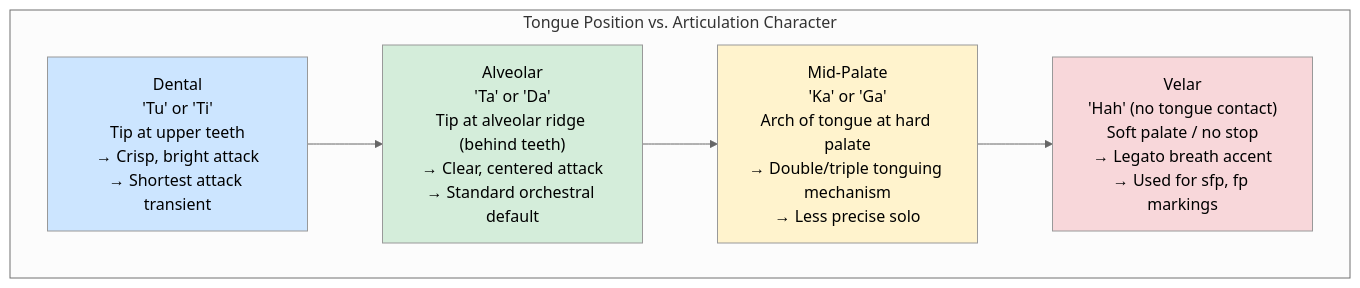
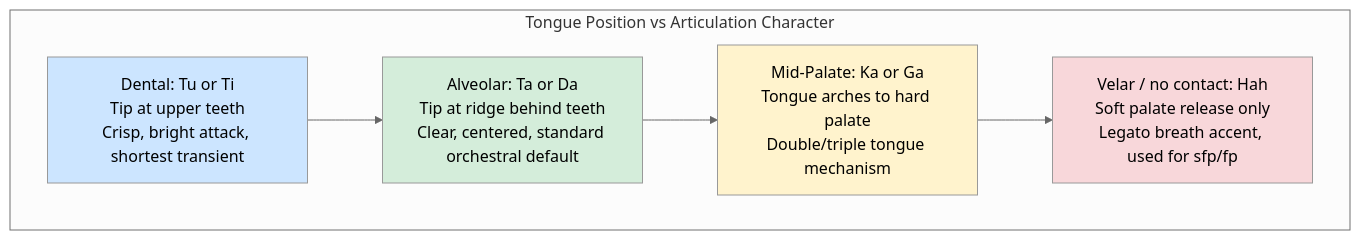
One commit to blebleblee/synapse changed the third of 4 diagrams in topics/arts/music_performance/brass/labs.md. Above: the diagram before and after it, drawn with Mermaid (neutral theme). The commit also changed other lines of this file and 4 other files, not shown here.

````diff
--- a/topics/arts/music_performance/brass/labs.md
+++ b/topics/arts/music_performance/brass/labs.md
@@ -355,15 +330,23 @@
 ```mermaid
 flowchart TD
-    subgraph sub_tongue ["Tongue Position vs. Articulation Character"]
-        T1["Dental<br/>'Tu' or 'Ti'<br/>Tip at upper teeth<br/>→ Crisp, bright attack<br/>→ Shortest attack transient"]
-        T2["Alveolar<br/>'Ta' or 'Da'<br/>Tip at alveolar ridge (behind teeth)<br/>→ Clear, centered attack<br/>→ Standard orchestral default"]
-        T3["Mid-Palate<br/>'Ka' or 'Ga'<br/>Arch of tongue at hard palate<br/>→ Double/triple tonguing mechanism<br/>→ Less precise solo"]
-        T4["Velar<br/>'Hah' (no tongue contact)<br/>Soft palate / no stop<br/>→ Legato breath accent<br/>→ Used for sfp, fp markings"]
+    subgraph sub_tongue ["Tongue Position vs Articulation Character"]
+        T1["Dental: Tu or Ti
+Tip at upper teeth
+Crisp, bright attack, shortest transient"]
+        T2["Alveolar: Ta or Da
+Tip at ridge behind teeth
+Clear, centered, standard orchestral default"]
+        T3["Mid-Palate: Ka or Ga
+Tongue arches to hard palate
+Double/triple tongue mechanism"]
+        T4["Velar / no contact: Hah
+Soft palate release only
+Legato breath accent, used for sfp/fp"]
     end
     T1 --> T2 --> T3 --> T4
 
     style T1 fill:#cce5ff
     style T2 fill:#d4edda
     style T3 fill:#fff3cd
     style T4 fill:#f8d7da
 ```
````
